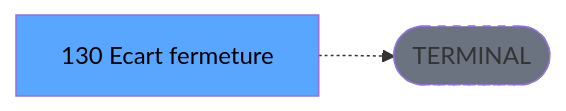
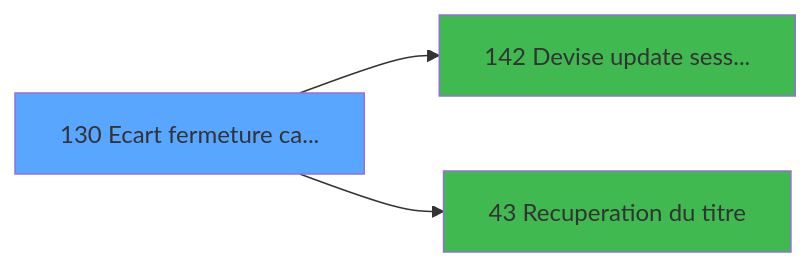
Before and after one commit to thonyAGP/magic-migration: the fourth of 4 diagrams in .openspec/specs/ADH-IDE-130.md, drawn with Mermaid. The commit also changed other lines of this file and 253 other files, not shown here.

````diff
--- a/.openspec/specs/ADH-IDE-130.md
+++ b/.openspec/specs/ADH-IDE-130.md
@@ -140,8 +1793,11 @@
 ```mermaid
 graph LR
-    T[130 Ecart fermeture]
-    TERM([TERMINAL])
-    T -.-> TERM
-    style TERM fill:#6b7280,stroke-dasharray: 5 5
-    style T fill:#58a6ff,color:#000
+    T130[130 Ecart fermeture ca...]
+    style T130 fill:#58a6ff
+    C142[142 Devise update sess...]
+    T130 --> C142
+    style C142 fill:#3fb950
+    C43[43 Recuperation du titre]
+    T130 --> C43
+    style C43 fill:#3fb950
 ```
````
